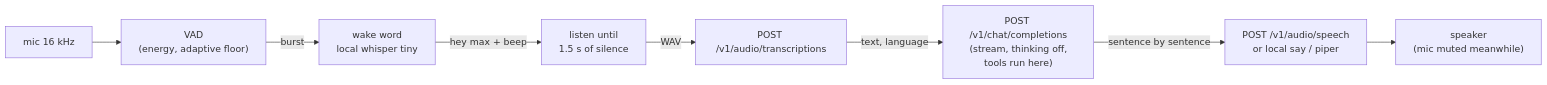
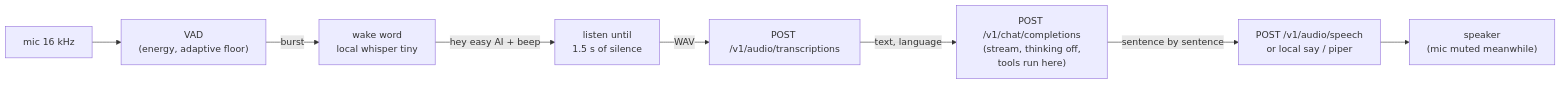
One commit to solariun/easyai changed the diagram in easyai-assistant.md. Above: the diagram before and after it, drawn with Mermaid. The commit also changed other lines of this file and 7 other files, not shown here.

Commit message:
feat(assistant): default wake name easyai ("hey easy AI" / "oi ísi ai"); split spellings joined (up to 3 words), measured aliases, spoken name for the voice; listening beep opens the follow-up window; docs

````diff
--- a/easyai-assistant.md
+++ b/easyai-assistant.md
@@ -11,10 +12,10 @@
 ```mermaid
 flowchart LR
   M["mic 16 kHz"] --> V["VAD\n(energy, adaptive floor)"]
   V -->|burst| W["wake word\nlocal whisper tiny"]
-  W -->|hey max + beep| L["listen until\n1.5 s of silence"]
+  W -->|hey easy AI + beep| L["listen until\n1.5 s of silence"]
   L -->|WAV| S["POST /v1/audio/transcriptions"]
   S -->|text, language| C["POST /v1/chat/completions\n(stream, thinking off,\ntools run here)"]
   C -->|sentence by sentence| T["POST /v1/audio/speech\nor local say / piper"]
   T --> P["speaker\n(mic muted meanwhile)"]
 ```
````
